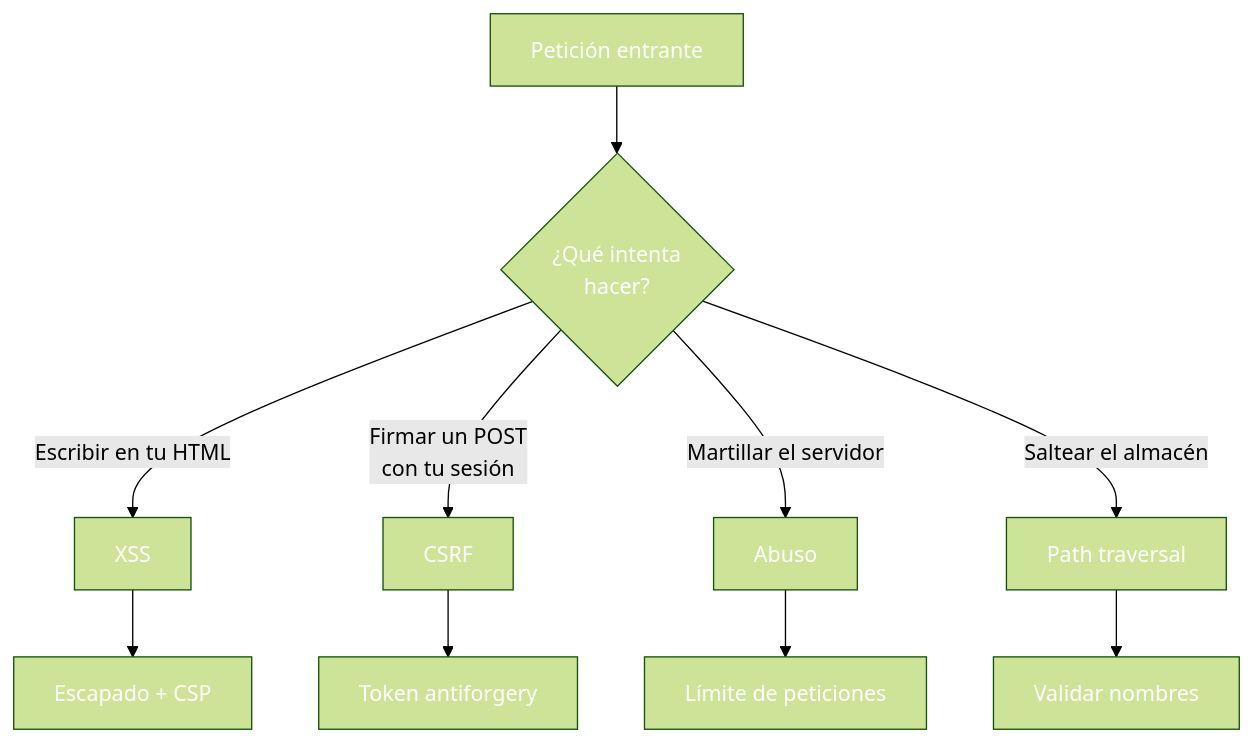
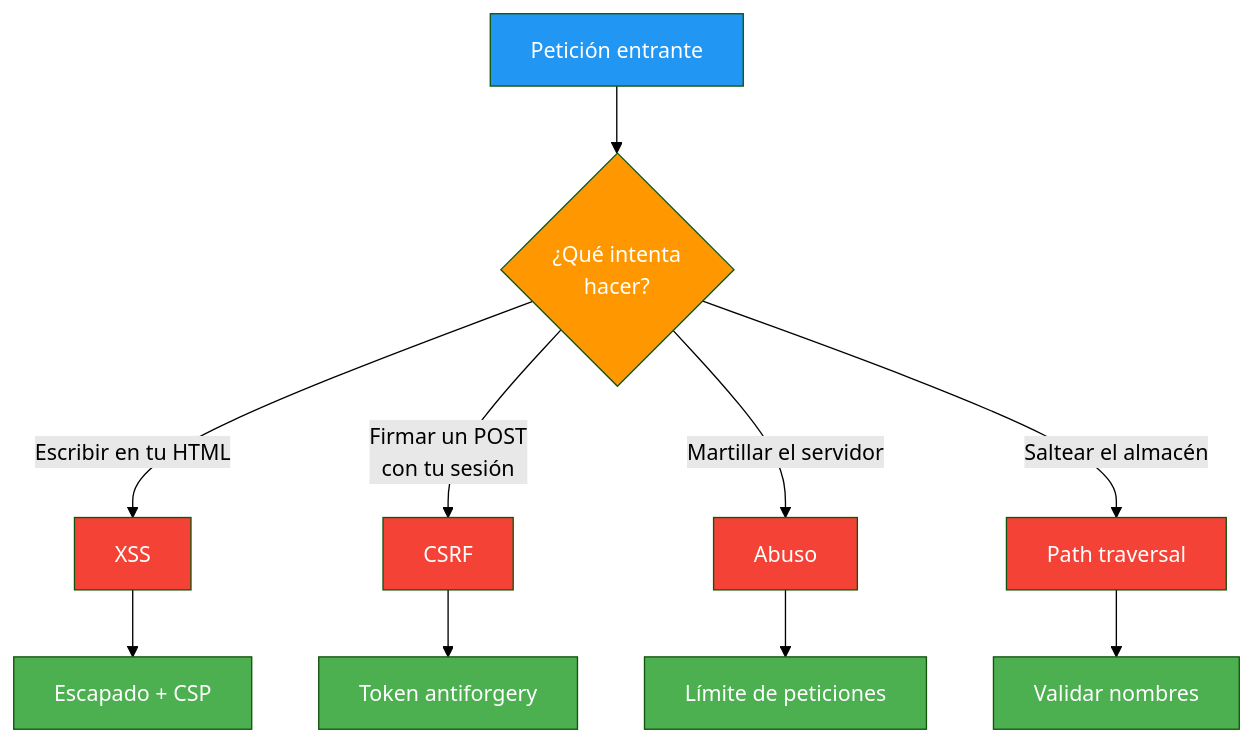
One commit to joseluisgs/DesarrolloWebEntornosServidor-03-2026-2027 changed the second of 2 diagrams in 15-validaciones-seguridad.md. Above: the diagram before and after it, drawn with Mermaid (forest theme). The commit also changed other lines of this file and 25 other files, not shown here.

Commit message:
docs: corregir los estilos Mermaid de los temas y alinear el dominio del tema 25 con ProductosApp

````diff
--- a/15-validaciones-seguridad.md
+++ b/15-validaciones-seguridad.md
@@ -204,22 +204,22 @@
 ```mermaid
 graph TD
     A["Petición entrante"] --> B{"¿Qué intenta<br/>hacer?"}
     B -->|"Escribir en tu HTML"| C["XSS"]
     B -->|"Firmar un POST<br/>con tu sesión"| D["CSRF"]
     B -->|"Martillar el servidor"| E["Abuso"]
     B -->|"Saltear el almacén"| F["Path traversal"]
     C --> G["Escapado + CSP"]
     D --> H["Token antiforgery"]
     E --> I["Límite de peticiones"]
     F --> J["Validar nombres"]
-    style A fill:#2196F,color:#fff3,color:#fff
-    style B fill:#FF980,color:#fff0,color:#fff
-    style C fill:#f4433,color:#fff6,color:#fff
-    style D fill:#f4433,color:#fff6,color:#fff
-    style E fill:#f4433,color:#fff6,color:#fff
-    style F fill:#f4433,color:#fff6,color:#fff
-    style G fill:#4CAF5,color:#fff0,color:#fff
-    style H fill:#4CAF5,color:#fff0,color:#fff
-    style I fill:#4CAF5,color:#fff0,color:#fff
-    style J fill:#4CAF5,color:#fff0,color:#fff
+    style A fill:#2196F3,color:#fff
+    style B fill:#FF9800,color:#fff
+    style C fill:#f44336,color:#fff
+    style D fill:#f44336,color:#fff
+    style E fill:#f44336,color:#fff
+    style F fill:#f44336,color:#fff
+    style G fill:#4CAF50,color:#fff
+    style H fill:#4CAF50,color:#fff
+    style I fill:#4CAF50,color:#fff
+    style J fill:#4CAF50,color:#fff
 ```
````
